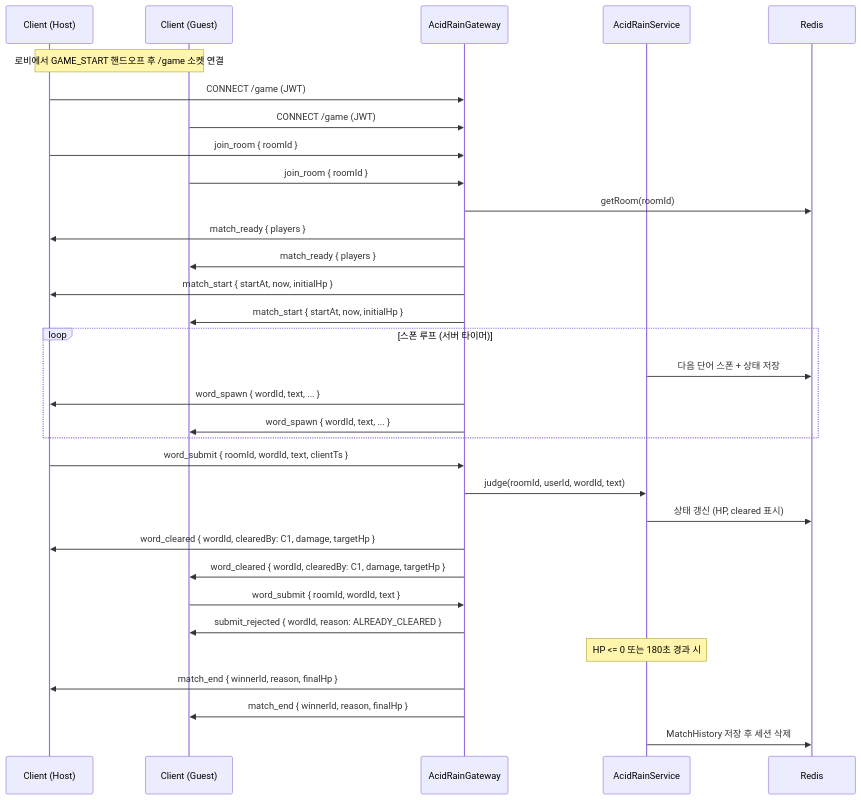
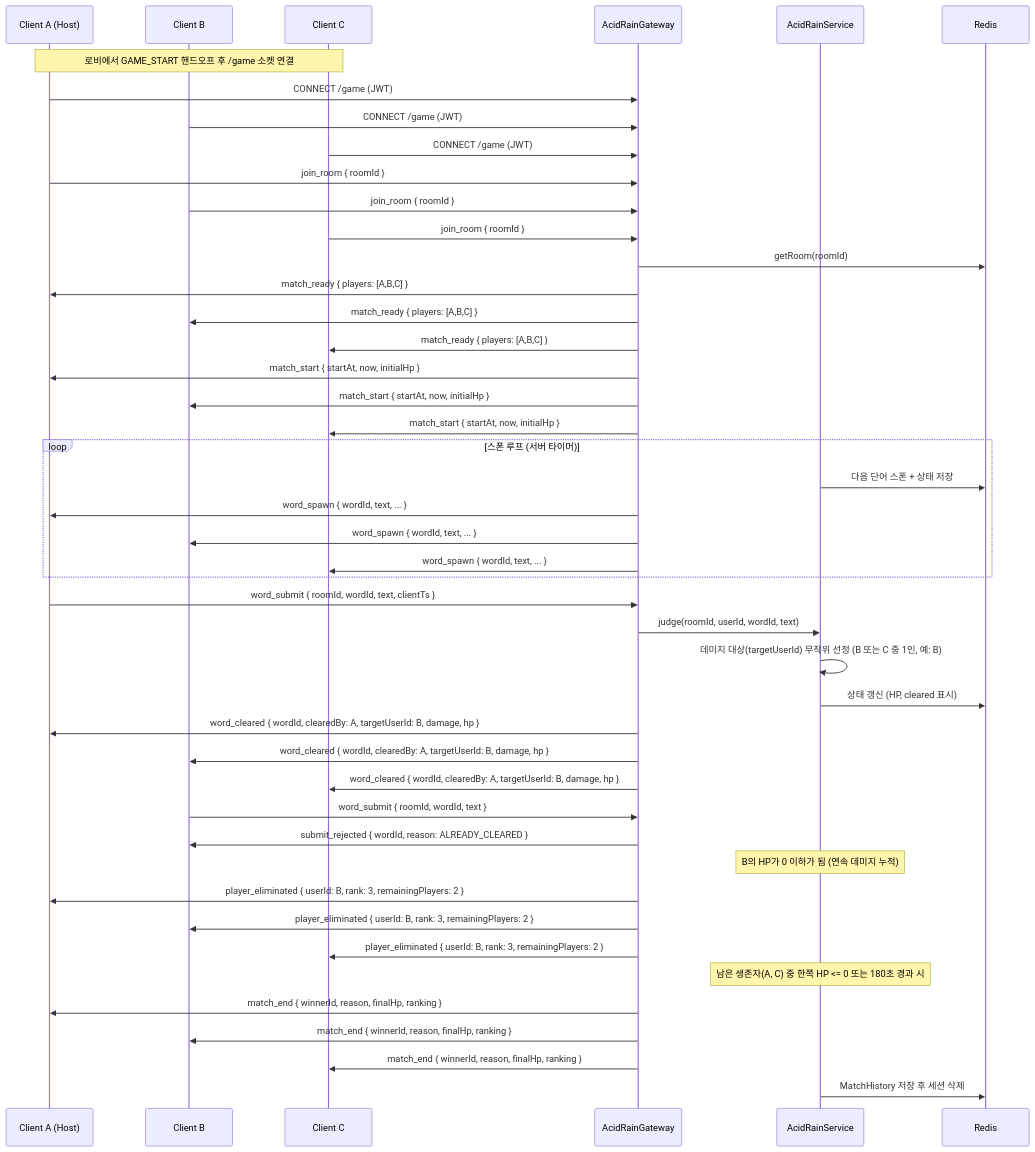
The fifth of 5 diagrams in architecture_design/WEBSOCKET_PROTOCOL.md (222transcendence/transcendence_deploy), drawn with Mermaid before and after one commit. The commit also changed other lines of this file and 1 other file, not shown here.

First line of the commit message:
docs(game): 2~4인 배틀로얄 규칙 및 프로토콜 확정 [#92]

````diff
--- a/architecture_design/WEBSOCKET_PROTOCOL.md
+++ b/architecture_design/WEBSOCKET_PROTOCOL.md
@@ -351,38 +407,52 @@
 ```mermaid
 sequenceDiagram
-    participant C1 as Client (Host)
-    participant C2 as Client (Guest)
+    participant C1 as Client A (Host)
+    participant C2 as Client B
+    participant C3 as Client C
     participant G as AcidRainGateway
     participant S as AcidRainService
     participant R as Redis
 
-    Note over C1,C2: 로비에서 GAME_START 핸드오프 후 /game 소켓 연결
+    Note over C1,C3: 로비에서 GAME_START 핸드오프 후 /game 소켓 연결
     C1->>G: CONNECT /game (JWT)
     C2->>G: CONNECT /game (JWT)
+    C3->>G: CONNECT /game (JWT)
     C1->>G: join_room { roomId }
     C2->>G: join_room { roomId }
+    C3->>G: join_room { roomId }
     G->>R: getRoom(roomId)
-    G->>C1: match_ready { players }
-    G->>C2: match_ready { players }
+    G->>C1: match_ready { players: [A,B,C] }
+    G->>C2: match_ready { players: [A,B,C] }
+    G->>C3: match_ready { players: [A,B,C] }
     G->>C1: match_start { startAt, now, initialHp }
     G->>C2: match_start { startAt, now, initialHp }
+    G->>C3: match_start { startAt, now, initialHp }
 
     loop 스폰 루프 (서버 타이머)
         S->>R: 다음 단어 스폰 + 상태 저장
         G->>C1: word_spawn { wordId, text, ... }
         G->>C2: word_spawn { wordId, text, ... }
+        G->>C3: word_spawn { wordId, text, ... }
     end
 
     C1->>G: word_submit { roomId, wordId, text, clientTs }
     G->>S: judge(roomId, userId, wordId, text)
+    S->>S: 데미지 대상(targetUserId) 무작위 선정 (B 또는 C 중 1인, 예: B)
     S->>R: 상태 갱신 (HP, cleared 표시)
-    G->>C1: word_cleared { wordId, clearedBy: C1, damage, targetHp }
-    G->>C2: word_cleared { wordId, clearedBy: C1, damage, targetHp }
+    G->>C1: word_cleared { wordId, clearedBy: A, targetUserId: B, damage, hp }
+    G->>C2: word_cleared { wordId, clearedBy: A, targetUserId: B, damage, hp }
+    G->>C3: word_cleared { wordId, clearedBy: A, targetUserId: B, damage, hp }
     C2->>G: word_submit { roomId, wordId, text }
     G->>C2: submit_rejected { wordId, reason: ALREADY_CLEARED }
 
-    Note over S: HP <= 0 또는 180초 경과 시
-    G->>C1: match_end { winnerId, reason, finalHp }
-    G->>C2: match_end { winnerId, reason, finalHp }
+    Note over S: B의 HP가 0 이하가 됨 (연속 데미지 누적)
+    G->>C1: player_eliminated { userId: B, rank: 3, remainingPlayers: 2 }
+    G->>C2: player_eliminated { userId: B, rank: 3, remainingPlayers: 2 }
+    G->>C3: player_eliminated { userId: B, rank: 3, remainingPlayers: 2 }
+
+    Note over S: 남은 생존자(A, C) 중 한쪽 HP <= 0 또는 180초 경과 시
+    G->>C1: match_end { winnerId, reason, finalHp, ranking }
+    G->>C2: match_end { winnerId, reason, finalHp, ranking }
+    G->>C3: match_end { winnerId, reason, finalHp, ranking }
     S->>R: MatchHistory 저장 후 세션 삭제
 ```
````
